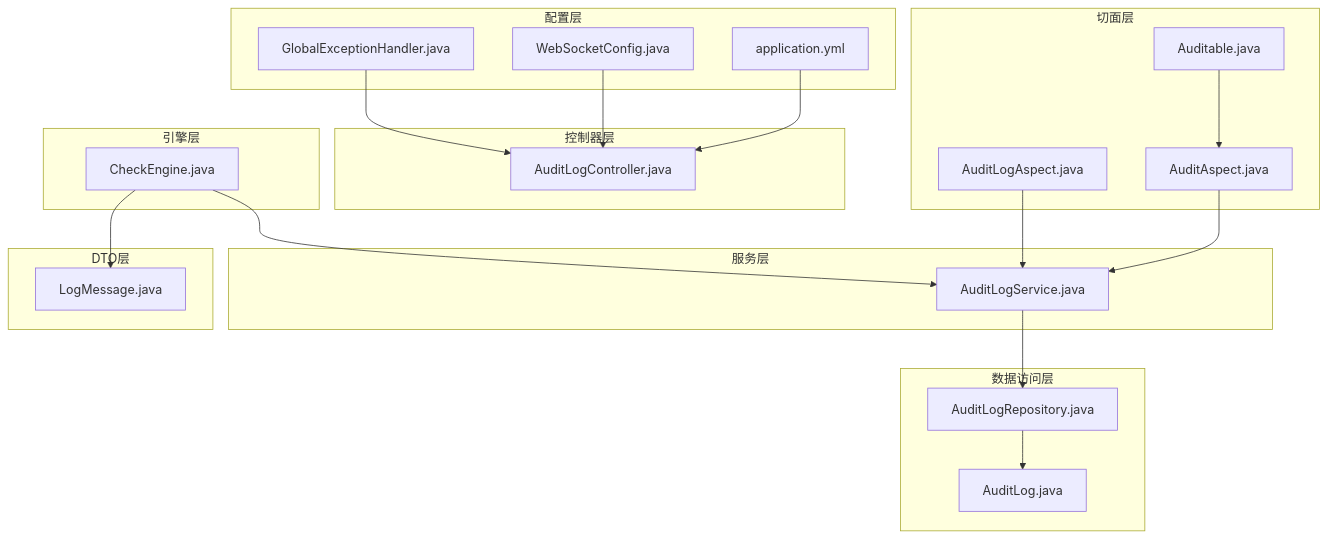
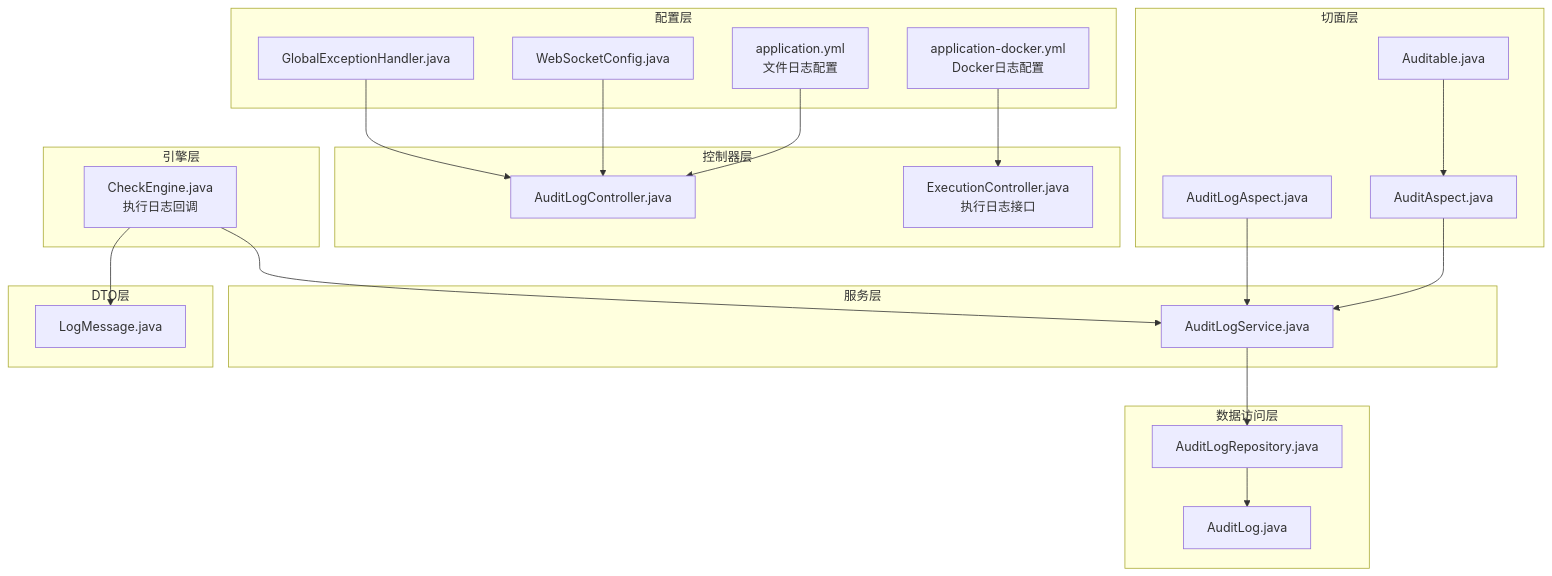
Before and after one commit to zzjxmy/mysql-risk-filed-check: the first of 6 diagrams in .qoder/repowiki/zh/content/部署与运维/监控与日志.md, drawn with Mermaid. The commit also changed other lines of this file and 6 other files, not shown here.

````diff
--- a/.qoder/repowiki/zh/content/部署与运维/监控与日志.md
+++ b/.qoder/repowiki/zh/content/部署与运维/监控与日志.md
@@ -45,39 +54,42 @@
 ```mermaid
 graph TB
 subgraph "配置层"
-CFG1["application.yml"]
-CFG2["WebSocketConfig.java"]
-CFG3["GlobalExceptionHandler.java"]
+CFG1["application.yml<br/>文件日志配置"]
+CFG2["application-docker.yml<br/>Docker日志配置"]
+CFG3["WebSocketConfig.java"]
+CFG4["GlobalExceptionHandler.java"]
 end
 subgraph "切面层"
 AS1["AuditAspect.java"]
 AS2["AuditLogAspect.java"]
 AN1["Auditable.java"]
 end
 subgraph "服务层"
 SV1["AuditLogService.java"]
 end
 subgraph "数据访问层"
 RE1["AuditLogRepository.java"]
 EN1["AuditLog.java"]
 end
 subgraph "控制器层"
 CT1["AuditLogController.java"]
+CT2["ExecutionController.java<br/>执行日志接口"]
 end
 subgraph "引擎层"
-ENG1["CheckEngine.java"]
+ENG1["CheckEngine.java<br/>执行日志回调"]
 end
 subgraph "DTO层"
 DT1["LogMessage.java"]
 end
 CFG1 --> CT1
-CFG2 --> CT1
+CFG2 --> CT2
 CFG3 --> CT1
+CFG4 --> CT1
 AS1 --> SV1
 AS2 --> SV1
 AN1 --> AS1
 SV1 --> RE1
 RE1 --> EN1
 ENG1 --> SV1
 ENG1 --> DT1
 ```
````
